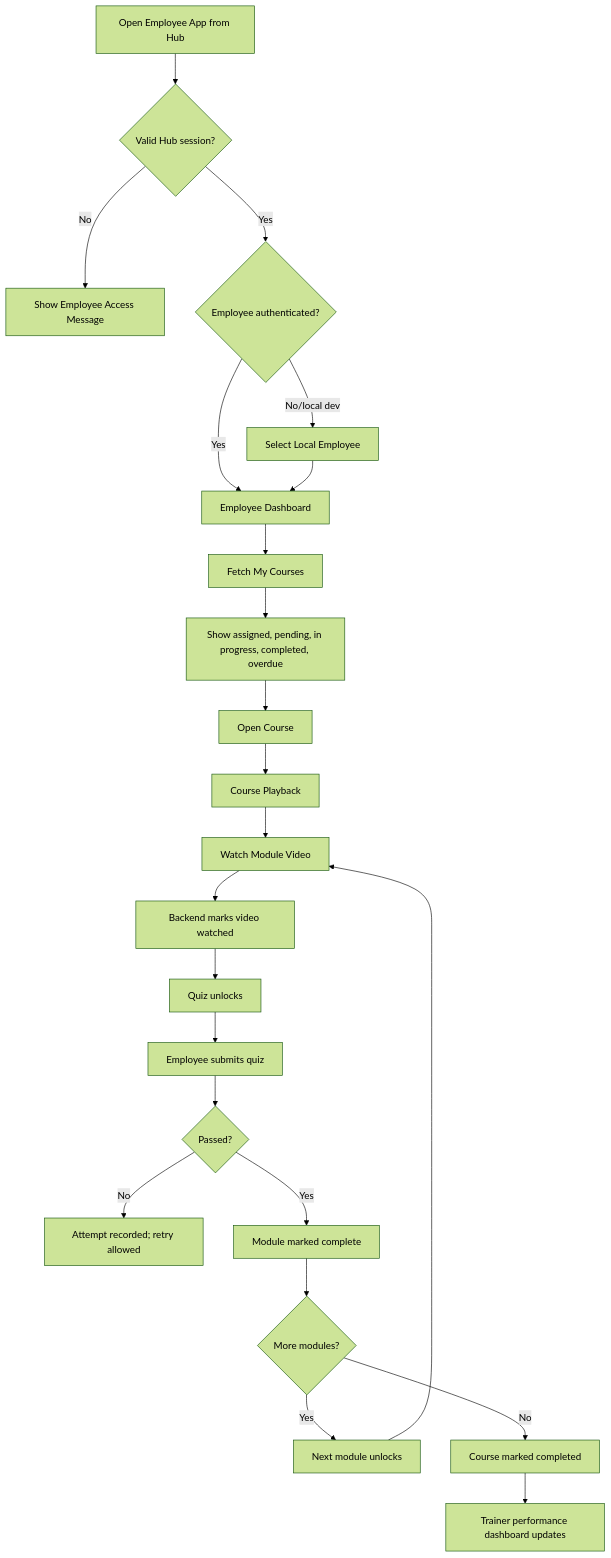
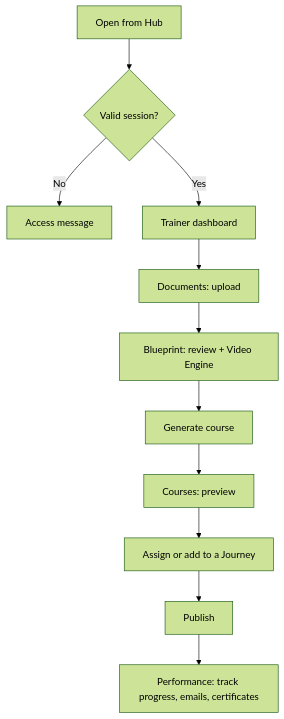
One commit to PraharshSrivastava/learning-management changed the fourth of 5 diagrams in README.md. Above: the diagram before and after it, drawn with Mermaid (forest theme). The commit also changed other lines of this file and 14 other files, not shown here.

First line of the commit message:
Rewrite README and add architecture guide and module READMEs

````diff
--- a/README.md
+++ b/README.md
@@ -309,27 +133,13 @@
 ```mermaid
 flowchart TD
-    A[Open Employee App from Hub] --> B{Valid Hub session?}
-    B -- No --> C[Show Employee Access Message]
-    B -- Yes --> D{Employee authenticated?}
-    D -- No/local dev --> E[Select Local Employee]
-    D -- Yes --> F[Employee Dashboard]
-    E --> F
-
-    F --> G[Fetch My Courses]
-    G --> H[Show assigned, pending, in progress, completed, overdue]
-    H --> I[Open Course]
-    I --> J[Course Playback]
-
-    J --> K[Watch Module Video]
-    K --> L[Backend marks video watched]
-    L --> M[Quiz unlocks]
-    M --> N[Employee submits quiz]
-    N --> O{Passed?}
-    O -- No --> P[Attempt recorded; retry allowed]
-    O -- Yes --> Q[Module marked complete]
-    Q --> R{More modules?}
-    R -- Yes --> S[Next module unlocks]
-    S --> K
-    R -- No --> T[Course marked completed]
-    T --> U[Trainer performance dashboard updates]
+    A[Open from Hub] --> B{Valid session?}
+    B -- No --> C[Access message]
+    B -- Yes --> D[Trainer dashboard]
+    D --> E[Documents: upload]
+    E --> F[Blueprint: review + Video Engine]
+    F --> G[Generate course]
+    G --> H[Courses: preview]
+    H --> I[Assign or add to a Journey]
+    I --> J[Publish]
+    J --> K[Performance: track progress, emails, certificates]
 ```
````
